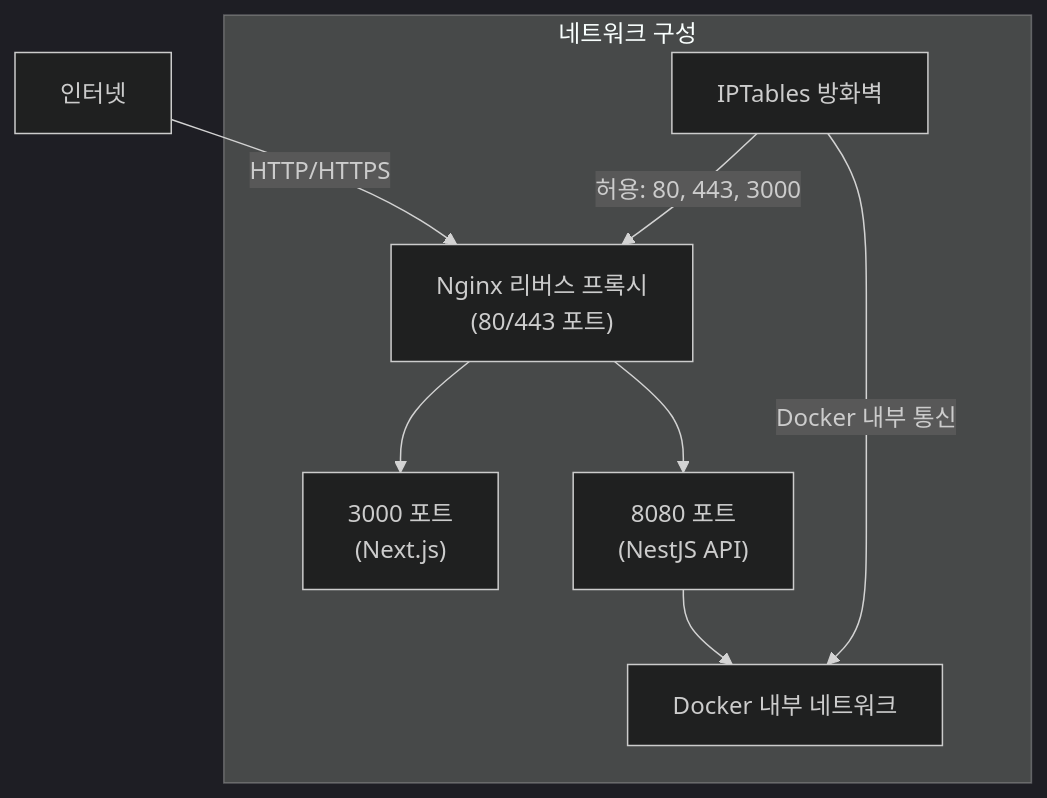
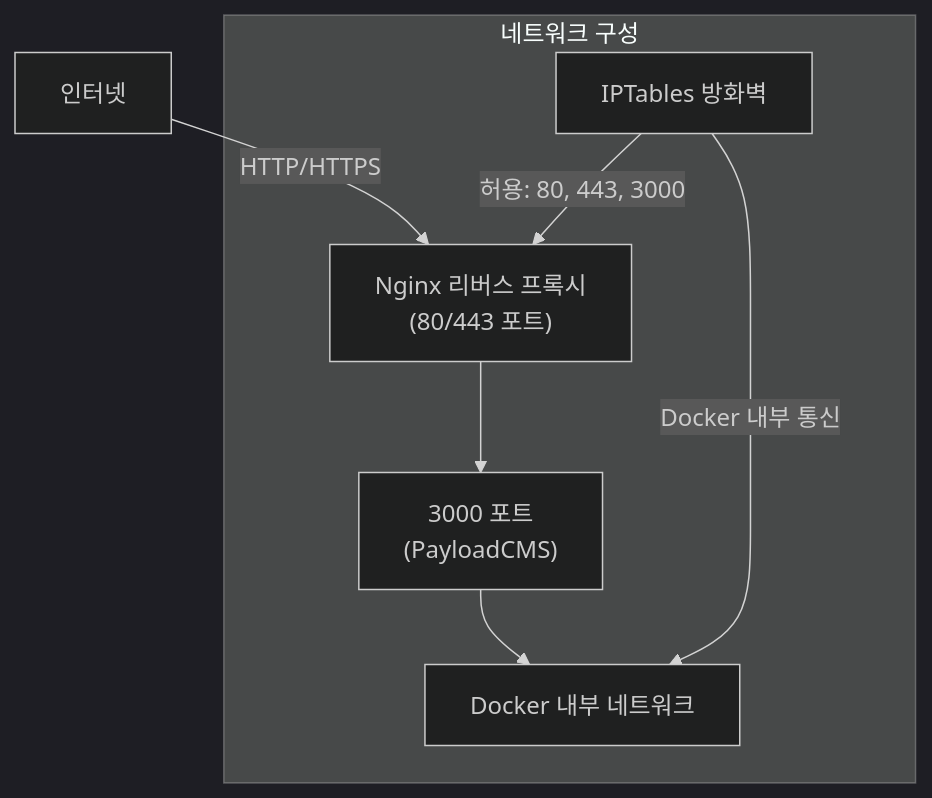
The second of 4 diagrams in README.md (HaeSim/bot-haesim-monorepo), drawn with Mermaid (dark theme) before and after one commit. The commit also changed other lines of this file and 176 other files, not shown here.

Commit message:
GitHub Actions 워크플로우 파일 수정: 직접 명령어로 PayloadCMS 배포 구성

````diff
--- a/README.md
+++ b/README.md
@@ -53,18 +46,16 @@
 ```mermaid
 flowchart TD
     subgraph "네트워크 구성"
         NGINX["Nginx 리버스 프록시\n(80/443 포트)"]
         FIREWALL["IPTables 방화벽"]
-        PORT1["3000 포트\n(Next.js)"]
-        PORT2["8080 포트\n(NestJS API)"]
+        PORT1["3000 포트\n(PayloadCMS)"]
         DOCKER_NET["Docker 내부 네트워크"]
     end
 
     INTERNET["인터넷"] -->|HTTP/HTTPS| NGINX
     NGINX --> PORT1
-    NGINX --> PORT2
-    PORT2 --> DOCKER_NET
+    PORT1 --> DOCKER_NET
 
     FIREWALL -->|허용: 80, 443, 3000| NGINX
     FIREWALL -->|Docker 내부 통신| DOCKER_NET
 ```
````
